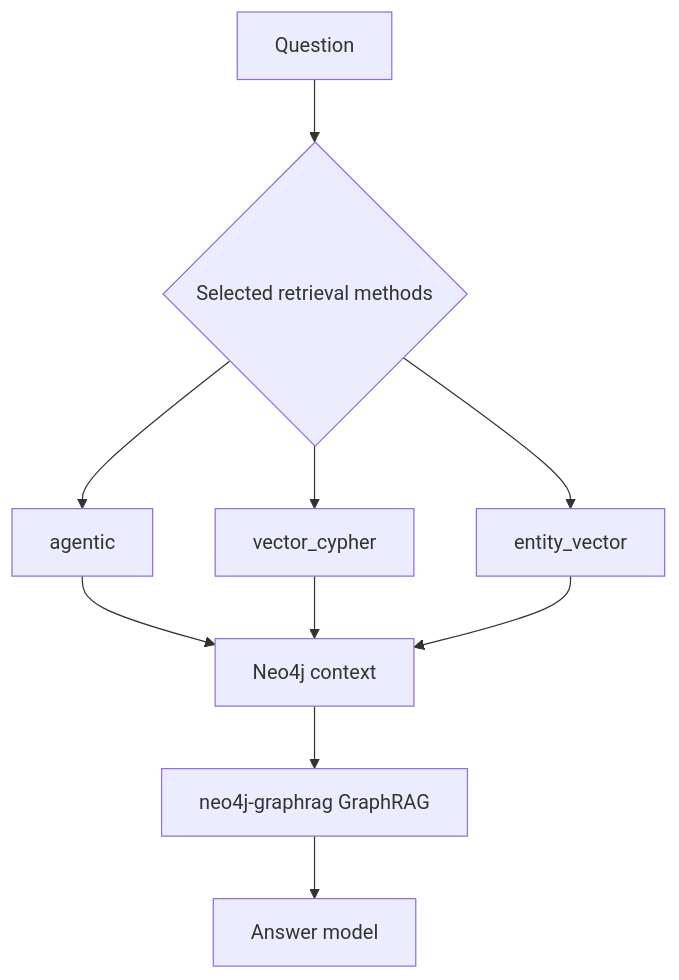
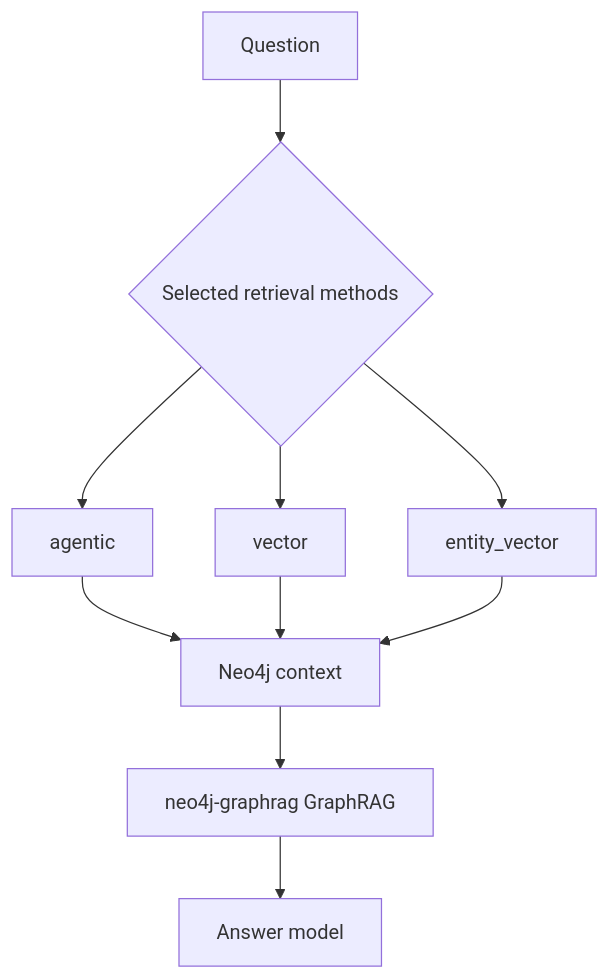
Before and after one commit to udit19199/RecRAG: the diagram in docs/graphrag/retrieval.md, drawn with Mermaid. The commit also changed other lines of this file and 17 other files, not shown here.

````diff
--- a/docs/graphrag/retrieval.md
+++ b/docs/graphrag/retrieval.md
@@ -7,12 +7,12 @@
 ```mermaid
 flowchart TD
     A[Question] --> B{Selected retrieval methods}
     B --> C[agentic]
-    B --> D[vector_cypher]
+    B --> D[vector]
     B --> E[entity_vector]
     C --> F[Neo4j context]
     D --> F
     E --> F
     F --> G[neo4j-graphrag GraphRAG]
     G --> H[Answer model]
 ```
````
